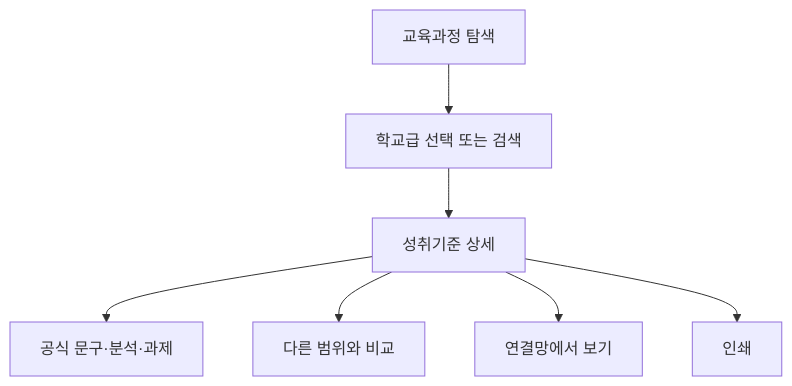
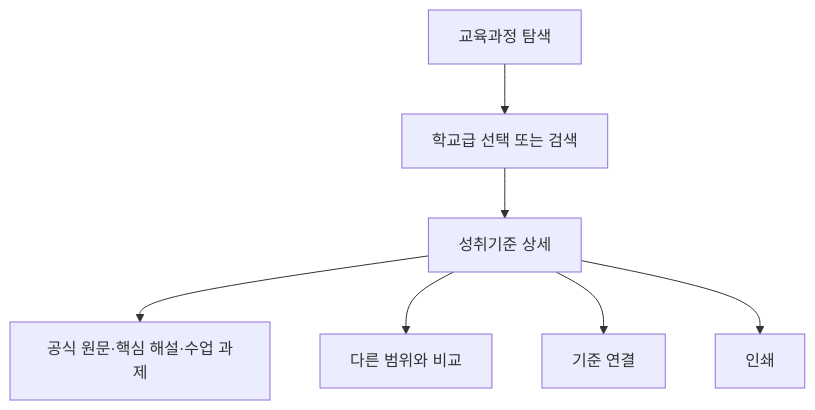
The diagram in README.md (ll7098ll/math-learning-atlas-kr), drawn with Mermaid before and after one commit. The commit also changed other lines of this file and 35 other files, not shown here.

````diff
--- a/README.md
+++ b/README.md
@@ -19,9 +19,9 @@
 ```mermaid
 flowchart TD
     Start["교육과정 탐색"] --> Find["학교급 선택 또는 검색"]
     Find --> Detail["성취기준 상세"]
-    Detail --> Read["공식 문구·분석·과제"]
+    Detail --> Read["공식 원문·핵심 해설·수업 과제"]
     Detail --> Compare["다른 범위와 비교"]
-    Detail --> Map["연결망에서 보기"]
+    Detail --> Map["기준 연결"]
     Detail --> Print["인쇄"]
 ```
````
